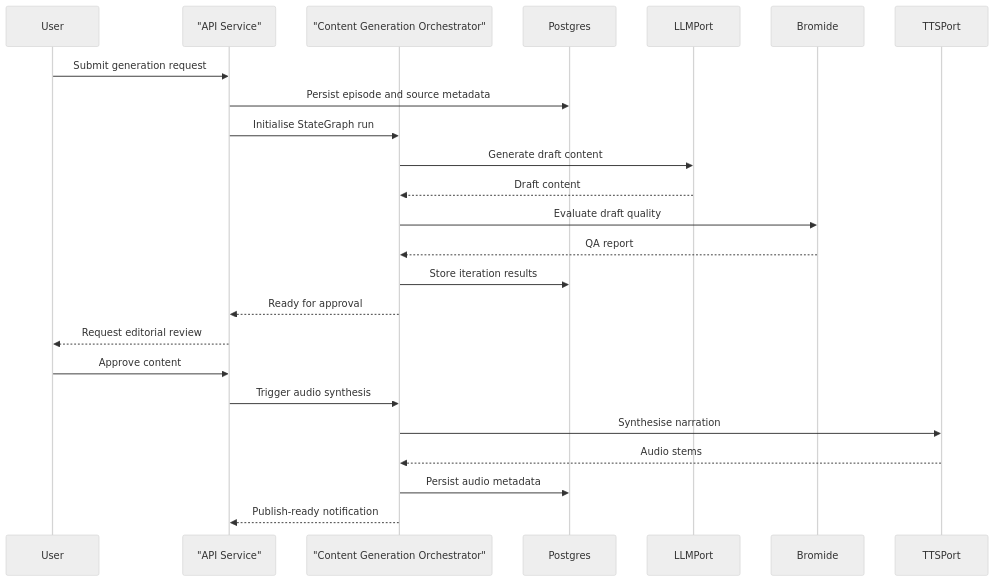
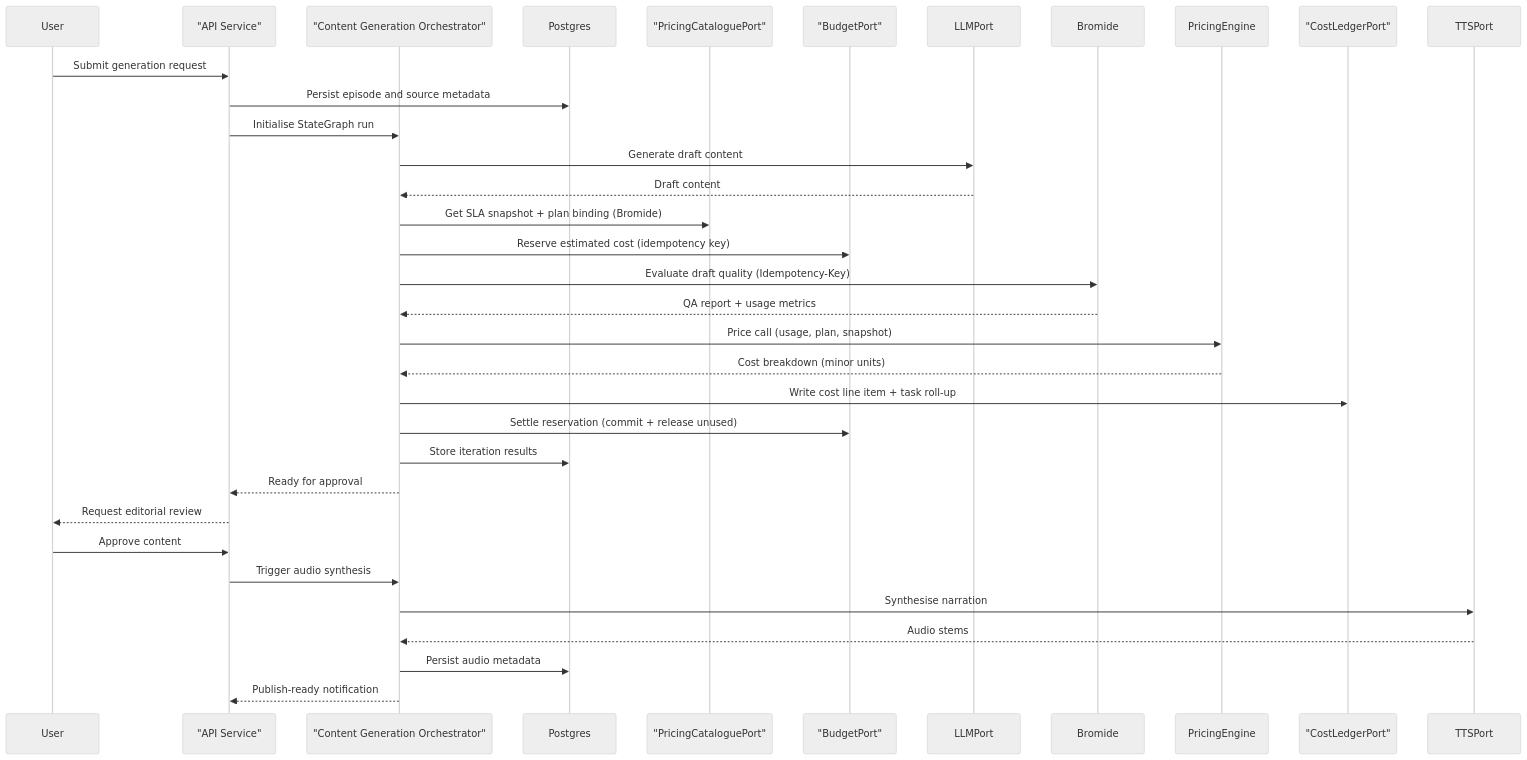
Before and after one commit to leynos/episodic: the third of 9 diagrams in docs/episodic-podcast-generation-system-design.md, drawn with Mermaid (neutral theme). The commit also changed other lines of this file and 1 other file, not shown here.

First line of the commit message:
feat(cost-accounting): implement SLA4OAI pricing, hierarchical cost ledger, and budgeting

````diff
--- a/docs/episodic-podcast-generation-system-design.md
+++ b/docs/episodic-podcast-generation-system-design.md
@@ -420,26 +432,36 @@
 ```mermaid
 sequenceDiagram
     participant User
     participant API as "API Service"
     participant Orchestrator as "Content Generation Orchestrator"
     participant Postgres
+    participant PricingCatalogue as "PricingCataloguePort"
+    participant Budget as "BudgetPort"
     participant LLMPort
     participant Bromide
+    participant PricingEngine
+    participant CostLedger as "CostLedgerPort"
     participant TTSPort
     User ->> API : Submit generation request
     API ->> Postgres : Persist episode and source metadata
     API ->> Orchestrator : Initialise StateGraph run
     Orchestrator ->> LLMPort : Generate draft content
     LLMPort -->> Orchestrator : Draft content
-    Orchestrator ->> Bromide : Evaluate draft quality
-    Bromide -->> Orchestrator : QA report
+    Orchestrator ->> PricingCatalogue : Get SLA snapshot + plan binding (Bromide)
+    Orchestrator ->> Budget : Reserve estimated cost (idempotency key)
+    Orchestrator ->> Bromide : Evaluate draft quality (Idempotency-Key)
+    Bromide -->> Orchestrator : QA report + usage metrics
+    Orchestrator ->> PricingEngine : Price call (usage, plan, snapshot)
+    PricingEngine -->> Orchestrator : Cost breakdown (minor units)
+    Orchestrator ->> CostLedger : Write cost line item + task roll-up
+    Orchestrator ->> Budget : Settle reservation (commit + release unused)
     Orchestrator ->> Postgres : Store iteration results
     Orchestrator -->> API : Ready for approval
     API -->> User : Request editorial review
     User ->> API : Approve content
     API ->> Orchestrator : Trigger audio synthesis
     Orchestrator ->> TTSPort : Synthesise narration
     TTSPort -->> Orchestrator : Audio stems
     Orchestrator ->> Postgres : Persist audio metadata
     Orchestrator -->> API : Publish-ready notification
 ```
````
